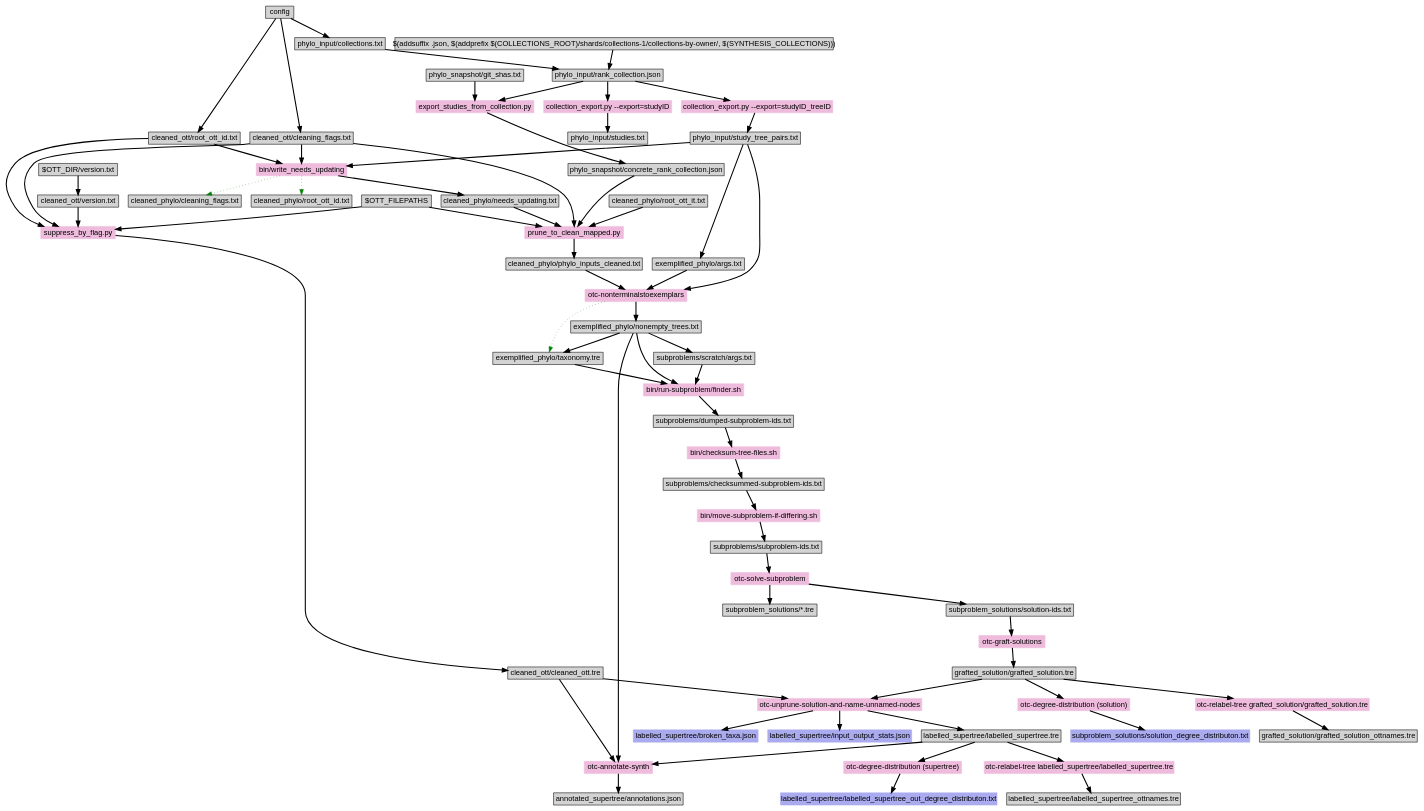
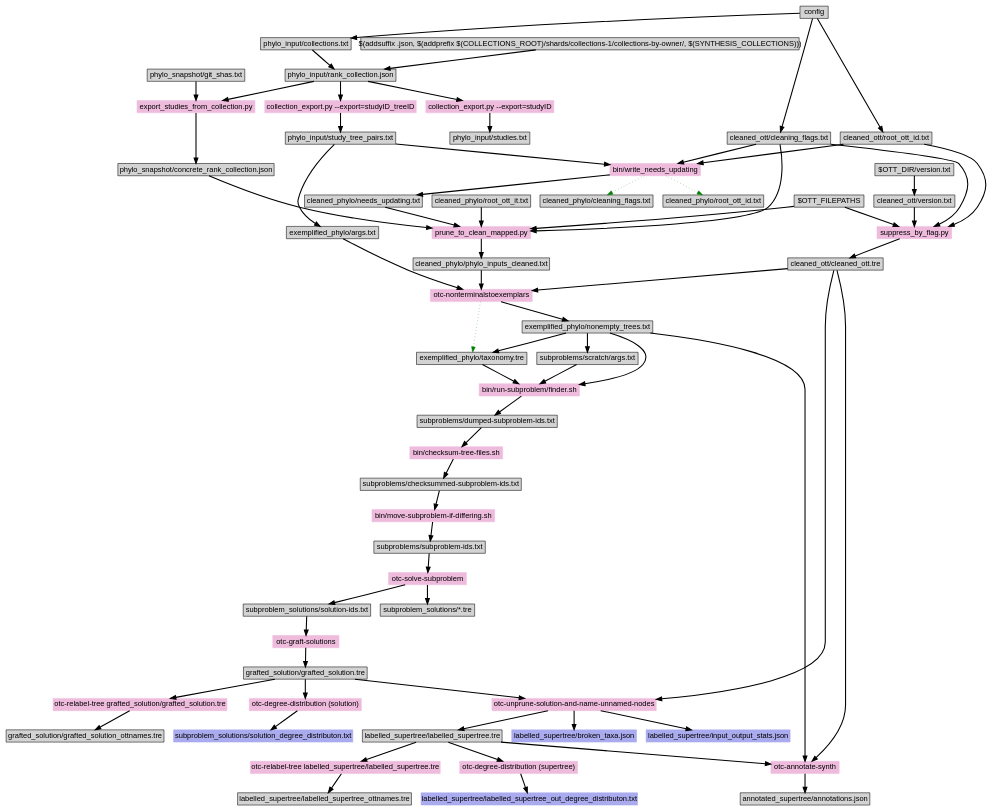
Before and after one commit to OpenTreeOfLife/propinquity: the diagram in doc/makefile-dependencies.dot, drawn with Graphviz.

Commit message:
Fix dependency in DOT graph.

```diff
--- a/doc/makefile-dependencies.dot
+++ b/doc/makefile-dependencies.dot
@@ -1,136 +1,136 @@
 digraph "make" {
 graph [ranksep=0.25, fontname=Arial,  nodesep=0.25, ranksep=0.5];
 node [fontname=Arial, style=filled, height=0, width=0, shape=box];
 edge [style="setlinewidth(2)"];
 
 config -> "cleaned_ott/root_ott_id.txt"
 config -> "cleaned_ott/cleaning_flags.txt"
 "$OTT_DIR/version.txt" -> "cleaned_ott/version.txt"
 
 "phylo_input/study_tree_pairs.txt" -> "exemplified_phylo/args.txt"
 
-"phylo_input/study_tree_pairs.txt" -> "otc-nonterminalstoexemplars"
+"cleaned_ott/cleaned_ott.tre" -> "otc-nonterminalstoexemplars"
 "exemplified_phylo/args.txt" -> "otc-nonterminalstoexemplars"
 "cleaned_phylo/phylo_inputs_cleaned.txt" -> "otc-nonterminalstoexemplars"
 "otc-nonterminalstoexemplars" -> "exemplified_phylo/nonempty_trees.txt"
 "otc-nonterminalstoexemplars" -> "exemplified_phylo/taxonomy.tre" [color=green style=dotted]
 "otc-nonterminalstoexemplars"  [style=filled, color="#EEBBDD"]
 
 "exemplified_phylo/nonempty_trees.txt" -> "exemplified_phylo/taxonomy.tre"
 
 "$OTT_FILEPATHS" -> "suppress_by_flag.py"
 "cleaned_ott/version.txt" ->  "suppress_by_flag.py"
 "cleaned_ott/cleaning_flags.txt" ->  "suppress_by_flag.py"
 "cleaned_ott/root_ott_id.txt" ->  "suppress_by_flag.py"
 "suppress_by_flag.py" [style=filled, color="#EEBBDD"]
 "suppress_by_flag.py" -> "cleaned_ott/cleaned_ott.tre"
 
 "$(addsuffix .json, $(addprefix $(COLLECTIONS_ROOT)/shards/collections-1/collections-by-owner/, $(SYNTHESIS_COLLECTIONS)))" -> "phylo_input/rank_collection.json"
 
 "phylo_input/rank_collection.json" -> "collection_export.py --export=studyID"
 "collection_export.py --export=studyID" -> "phylo_input/studies.txt"
 "collection_export.py --export=studyID" [style=filled, color="#EEBBDD"]
 
 "phylo_input/rank_collection.json" -> "collection_export.py --export=studyID_treeID"
 "collection_export.py --export=studyID_treeID" -> "phylo_input/study_tree_pairs.txt"
 "collection_export.py --export=studyID_treeID" [style=filled, color="#EEBBDD"]
 
 "phylo_snapshot/git_shas.txt"
 
 "phylo_snapshot/git_shas.txt" ->  "export_studies_from_collection.py"
 "phylo_input/rank_collection.json" -> "export_studies_from_collection.py"
 "export_studies_from_collection.py" -> "phylo_snapshot/concrete_rank_collection.json"
 "export_studies_from_collection.py"  [style=filled, color="#EEBBDD"]
 
 "cleaned_ott/cleaning_flags.txt" -> "bin/write_needs_updating"
 "cleaned_ott/root_ott_id.txt" -> "bin/write_needs_updating"
 "phylo_input/study_tree_pairs.txt" -> "bin/write_needs_updating"
 "bin/write_needs_updating" -> "cleaned_phylo/needs_updating.txt"
 "bin/write_needs_updating" -> "cleaned_phylo/cleaning_flags.txt"  [color=green style=dotted]
 "bin/write_needs_updating" -> "cleaned_phylo/root_ott_id.txt"  [color=green style=dotted]
 "bin/write_needs_updating"   [style=filled, color="#EEBBDD"]
 
 "cleaned_phylo/needs_updating.txt" -> "prune_to_clean_mapped.py"
 "cleaned_ott/cleaning_flags.txt" -> "prune_to_clean_mapped.py"
 "cleaned_phylo/root_ott_it.txt" -> "prune_to_clean_mapped.py"
 "$OTT_FILEPATHS" -> "prune_to_clean_mapped.py"
 "phylo_snapshot/concrete_rank_collection.json" -> "prune_to_clean_mapped.py"
 "prune_to_clean_mapped.py"  [style=filled, color="#EEBBDD"]
 "prune_to_clean_mapped.py" -> "cleaned_phylo/phylo_inputs_cleaned.txt"
 
 
 config -> "phylo_input/collections.txt"
 "phylo_input/collections.txt" -> "phylo_input/rank_collection.json"
 # here is where we need to depend on whether the collections have changed!
 
 "exemplified_phylo/nonempty_trees.txt" -> "subproblems/scratch/args.txt"
 
 "exemplified_phylo/taxonomy.tre" -> "bin/run-subproblem/finder.sh"
 "subproblems/scratch/args.txt" -> "bin/run-subproblem/finder.sh"
 "exemplified_phylo/nonempty_trees.txt" -> "bin/run-subproblem/finder.sh"
 "bin/run-subproblem/finder.sh" [style=filled, color="#EEBBDD"]
 "bin/run-subproblem/finder.sh" -> "subproblems/dumped-subproblem-ids.txt"
 
 "subproblems/dumped-subproblem-ids.txt" -> "bin/checksum-tree-files.sh" 
 "bin/checksum-tree-files.sh" [style=filled, color="#EEBBDD"]
 "bin/checksum-tree-files.sh" -> "subproblems/checksummed-subproblem-ids.txt"
 
 
 "subproblems/checksummed-subproblem-ids.txt" -> "bin/move-subproblem-if-differing.sh" 
 "bin/move-subproblem-if-differing.sh" [style=filled, color="#EEBBDD"]
 "bin/move-subproblem-if-differing.sh" -> "subproblems/subproblem-ids.txt"
 
 "subproblems/subproblem-ids.txt" -> "otc-solve-subproblem"
 "otc-solve-subproblem" [style=filled, color="#EEBBDD"]
 "otc-solve-subproblem" -> "subproblem_solutions/*.tre"
 "otc-solve-subproblem" -> "subproblem_solutions/solution-ids.txt"
 "subproblem_solutions/solution-ids.txt"
 
 "subproblem_solutions/solution-ids.txt" -> "otc-graft-solutions"
 "otc-graft-solutions" [style=filled, color="#EEBBDD"]
 "otc-graft-solutions" -> "grafted_solution/grafted_solution.tre"
 
 "grafted_solution/grafted_solution.tre" -> "otc-relabel-tree grafted_solution/grafted_solution.tre"
 "otc-relabel-tree grafted_solution/grafted_solution.tre" [style=filled, color="#EEBBDD"]
 "otc-relabel-tree grafted_solution/grafted_solution.tre" -> "grafted_solution/grafted_solution_ottnames.tre"
 
 "cleaned_ott/cleaned_ott.tre" -> "otc-unprune-solution-and-name-unnamed-nodes"
 "grafted_solution/grafted_solution.tre" -> "otc-unprune-solution-and-name-unnamed-nodes"
 "otc-unprune-solution-and-name-unnamed-nodes" [style=filled, color="#EEBBDD"]
 "otc-unprune-solution-and-name-unnamed-nodes" -> "labelled_supertree/labelled_supertree.tre"
 "otc-unprune-solution-and-name-unnamed-nodes" -> "labelled_supertree/broken_taxa.json"
 "otc-unprune-solution-and-name-unnamed-nodes" -> "labelled_supertree/input_output_stats.json"
 "labelled_supertree/broken_taxa.json" [color="#AAAAEE"]
 "labelled_supertree/input_output_stats.json" [color="#AAAAEE"]
 
 #"cleaned_ott/cleaned_ott.tre" -> "otc-unprune-solution"
 #"grafted_solution/grafted_solution.tre" -> "otc-unprune-solution"
 #"otc-unprune-solution" [style=filled, color="#EEBBDD"]
 #"otc-unprune-solution" -> "full_supertree/full_supertree.tre"
 
 #"full_supertree/full_supertree.tre" -> "otc-name-unnamed-nodes"
 #"otc-name-unnamed-nodes" [style=filled, color="#EEBBDD"]
 #"otc-name-unnamed-nodes" -> "labelled_supertree/labelled_supertree.tre"
 
 
 
 "labelled_supertree/labelled_supertree.tre" -> "otc-relabel-tree labelled_supertree/labelled_supertree.tre"
 "otc-relabel-tree labelled_supertree/labelled_supertree.tre" [style=filled, color="#EEBBDD"]
 "otc-relabel-tree labelled_supertree/labelled_supertree.tre" -> "labelled_supertree/labelled_supertree_ottnames.tre"
 
 "cleaned_ott/cleaned_ott.tre" -> "otc-annotate-synth"
 "labelled_supertree/labelled_supertree.tre" -> "otc-annotate-synth"
 "exemplified_phylo/nonempty_trees.txt" -> "otc-annotate-synth"
 "otc-annotate-synth" [style=filled, color="#EEBBDD"]
 "otc-annotate-synth" -> "annotated_supertree/annotations.json"
 
 "grafted_solution/grafted_solution.tre" -> "otc-degree-distribution (solution)"
 "otc-degree-distribution (solution)" [style=filled, color="#EEBBDD"]
 "otc-degree-distribution (solution)" -> "subproblem_solutions/solution_degree_distributon.txt"
 "subproblem_solutions/solution_degree_distributon.txt" [color="#AAAAEE"]
 
 "labelled_supertree/labelled_supertree.tre" -> "otc-degree-distribution (supertree)"
 "otc-degree-distribution (supertree)" [style=filled, color="#EEBBDD"]
 "otc-degree-distribution (supertree)" -> "labelled_supertree/labelled_supertree_out_degree_distributon.txt"
 "labelled_supertree/labelled_supertree_out_degree_distributon.txt" [color="#AAAAEE"]
 }
```
